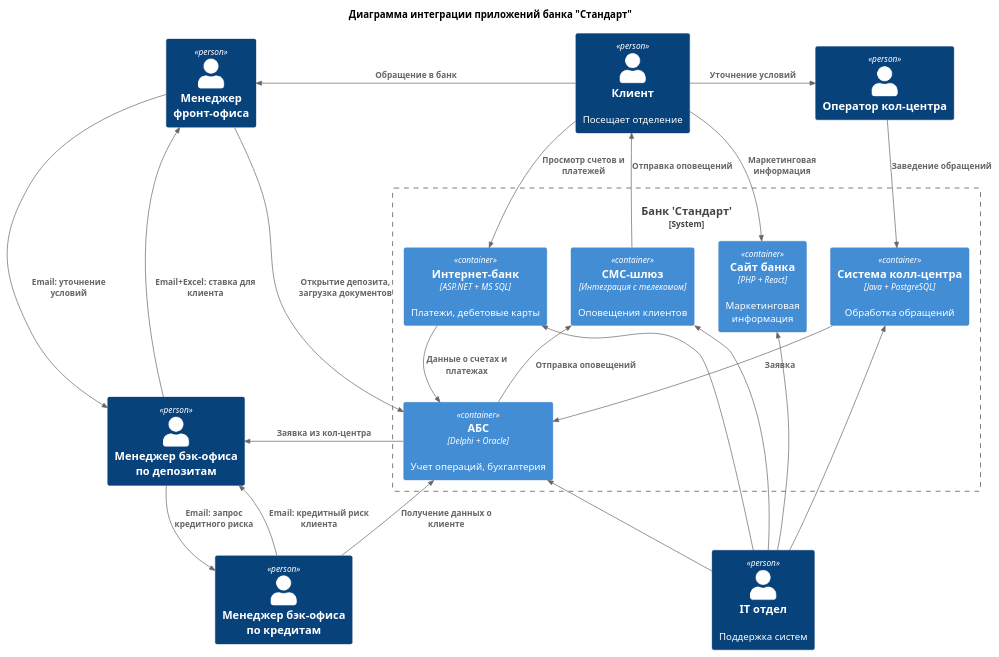
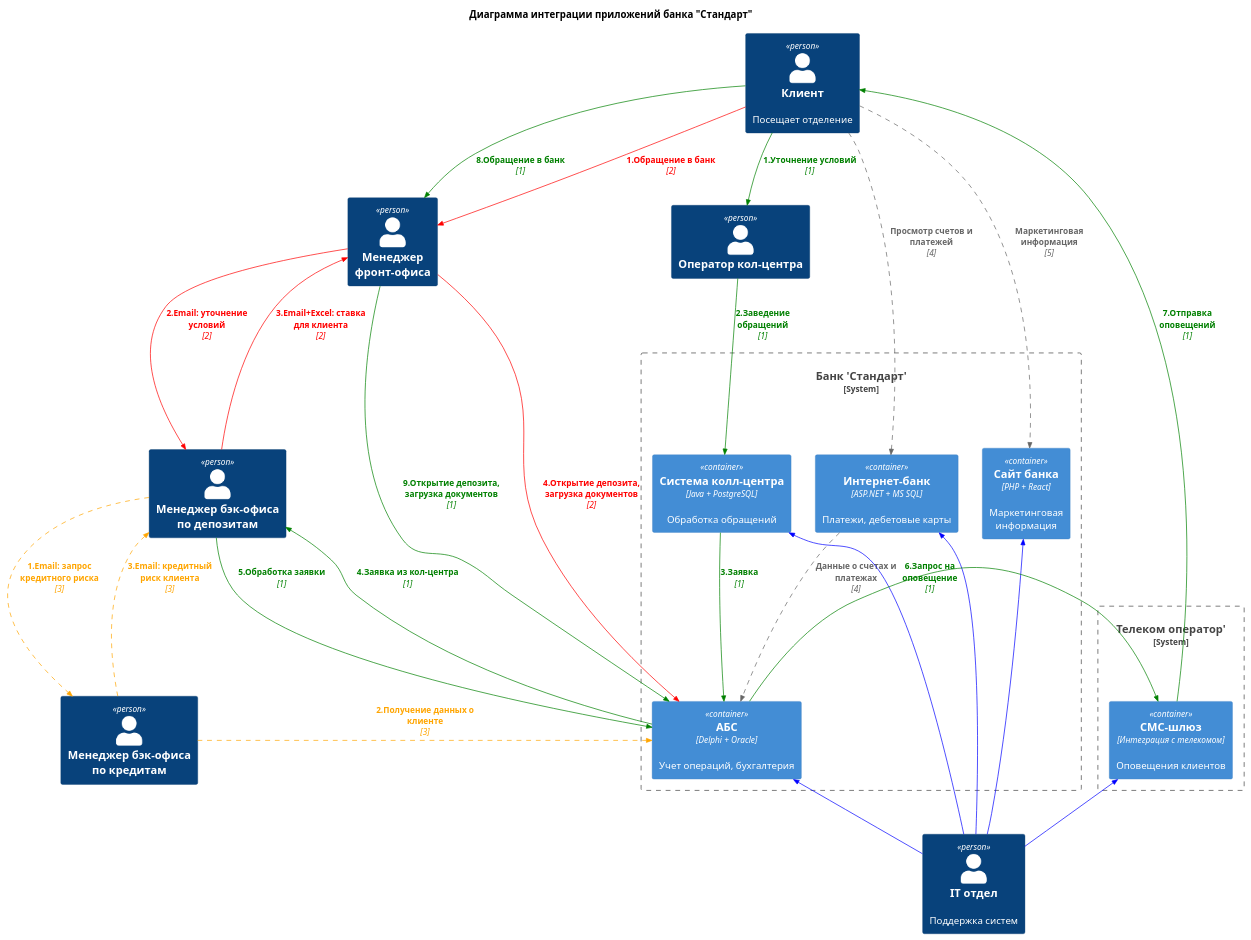
The diagram in Task 1/Integration_diagram.puml (sventserg/architecture-standart), drawn with PlantUML before and after one commit.

```diff
--- a/Task 1/Integration_diagram.puml
+++ b/Task 1/Integration_diagram.puml
@@ -1,46 +1,54 @@
 @startuml
 title Диаграмма интеграции приложений банка "Стандарт"
 
 top to bottom direction
 
 !includeurl https://raw.githubusercontent.com/RicardoNiepel/C4-PlantUML/master/C4_Component.puml
 
+AddRelTag("green", $textColor="green", $lineColor="green")
+AddRelTag("red", $textColor="red", $lineColor="red")
+AddRelTag("blue", $textColor="blue", $lineColor="blue")
+AddRelTag("orange", $textColor="orange", $lineColor="orange", $lineStyle = DashedLine())
+AddRelTag("dashedLine", $lineStyle = DashedLine())
+
 Person(client, "Клиент", "Посещает отделение")
 Person(front_office_manager, "Менеджер фронт-офиса", "")
 Person(deposite_manager, "Менеджер бэк-офиса по депозитам", "")
 Person(credit_manager, "Менеджер бэк-офиса по кредитам", "")
 Person(call_center_operator, "Оператор кол-центра", "")
 Person(it, "IT отдел", "Поддержка систем")
-
+System_Boundary(telecom, "Телеком оператор'") {
+    Container(sms, "СМС-шлюз", "Интеграция с телекомом", "Оповещения клиентов")
+}
 System_Boundary(boundary, "Банк 'Стандарт'") {
-
     Container(abs, "АБС", "Delphi + Oracle", "Учет операций, бухгалтерия")
     Container(call_center, "Система колл-центра", "Java + PostgreSQL", "Обработка обращений")
-    Container(sms, "СМС-шлюз", "Интеграция с телекомом", "Оповещения клиентов")
     Container(site, "Сайт банка", "PHP + React", "Маркетинговая информация")
     Container(internet_bank, "Интернет-банк", "ASP.NET + MS SQL", "Платежи, дебетовые карты")
 }
-
-Rel_L(client, front_office_manager, "Обращение в банк")
-Rel_R(client, call_center_operator, "Уточнение условий")
-Rel_D(client, site, "Маркетинговая информация")
-Rel_D(client, internet_bank, "Просмотр счетов и платежей")
-Rel_R(call_center_operator, call_center, "Заведение обращений")
-Rel_D(call_center, abs, "Заявка")
-Rel_D(internet_bank, abs, "Данные о счетах и платежах")
-Rel_R(front_office_manager, abs, "Открытие депозита, загрузка документов")
-Rel_D(front_office_manager, deposite_manager, "Email: уточнение условий")
-Rel_D(deposite_manager, credit_manager, "Email: запрос кредитного риска")
-Rel_U(credit_manager, abs, "Получение данных о клиенте")
-Rel_L(abs, deposite_manager, "Заявка из кол-центра")
-Rel_U(credit_manager, deposite_manager, "Email: кредитный риск клиента")
-Rel_U(deposite_manager, front_office_manager, "Email+Excel: ставка для клиента")
-Rel_U(it, abs, "")
-Rel_U(it, site, "")
-Rel_U(it, sms, "")
-Rel_U(it, call_center, "")
-Rel_U(it, internet_bank, "")
-Rel_U(abs, sms, "Отправка оповещений")
-Rel_U(sms, client, "Отправка оповещений")
+Rel(client, front_office_manager, "8.Обращение в банк", "1", $tags="green")
+Rel(client, front_office_manager, "1.Обращение в банк", "2", $tags="red")
+Rel(client, call_center_operator, "1.Уточнение условий", "1", $tags="green")
+Rel(client, site, "Маркетинговая информация", "5", $tags="dashedLine")
+Rel(client, internet_bank, "Просмотр счетов и платежей", "4", $tags="dashedLine")
+Rel(call_center_operator, call_center, "2.Заведение обращений", "1", $tags="green")
+Rel(call_center, abs, "3.Заявка", "1", $tags="green")
+Rel(internet_bank, abs, "Данные о счетах и платежах", "4", $tags="dashedLine")
+Rel(front_office_manager, abs, "9.Открытие депозита, загрузка документов", "1", $tags="green")
+Rel(front_office_manager, abs, "4.Открытие депозита, загрузка документов", "2", $tags="red")
+Rel(front_office_manager, deposite_manager, "2.Email: уточнение условий", "2", $tags="red")
+Rel(deposite_manager, credit_manager, "1.Email: запрос кредитного риска", "3", $tags="orange")
+Rel(credit_manager, abs, "2.Получение данных о клиенте", "3", $tags="orange")
+Rel(abs, deposite_manager, "4.Заявка из кол-центра", "1", $tags="green")
+Rel(deposite_manager, abs, "5.Обработка заявки", "1", $tags="green")
+Rel(credit_manager, deposite_manager, "3.Email: кредитный риск клиента", "3", $tags="orange")
+Rel(deposite_manager, front_office_manager, "3.Email+Excel: ставка для клиента", "2", $tags="red")
+Rel_U(it, abs, "", $tags="blue")
+Rel_U(it, site, "", $tags="blue")
+Rel_U(it, sms, "", $tags="blue")
+Rel_U(it, call_center, "", $tags="blue")
+Rel_U(it, internet_bank, "", $tags="blue")
+Rel(abs, sms, "6.Запрос на оповещение", "1", $tags="green")
+Rel(sms, client, "7.Отправка оповещений", "1", $tags="green")
 
 @enduml
```
